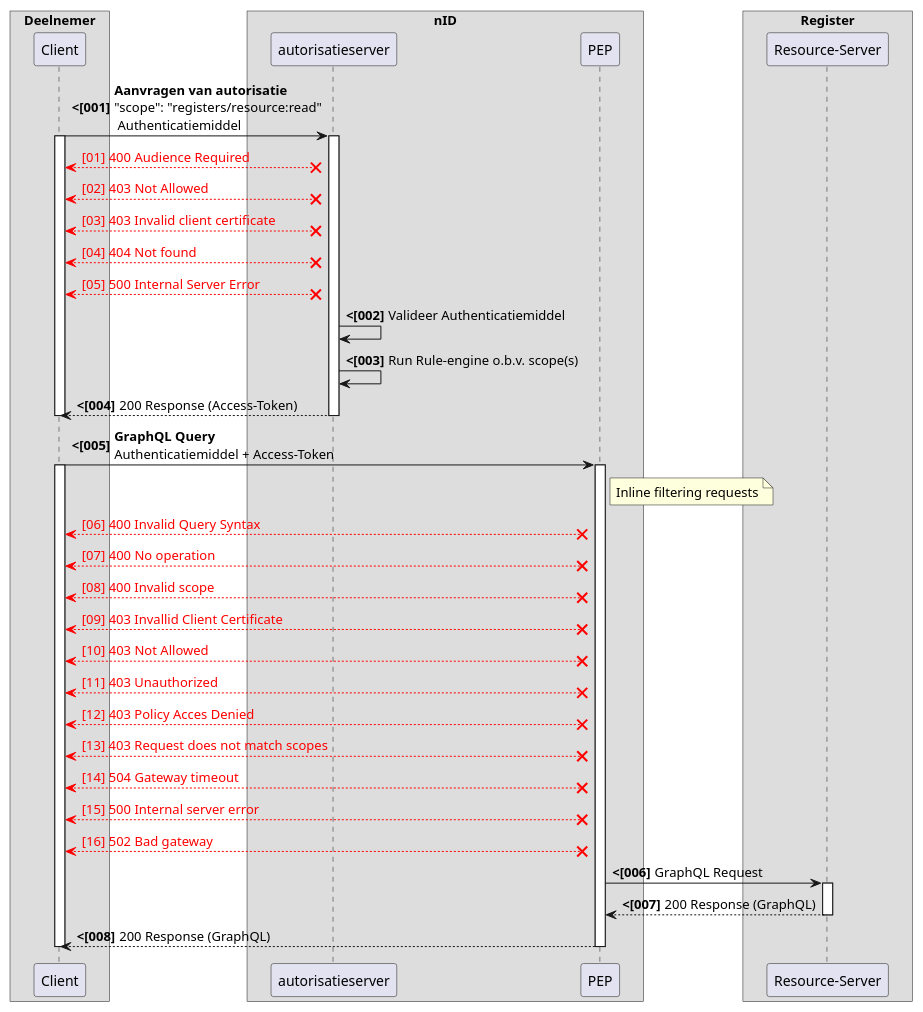
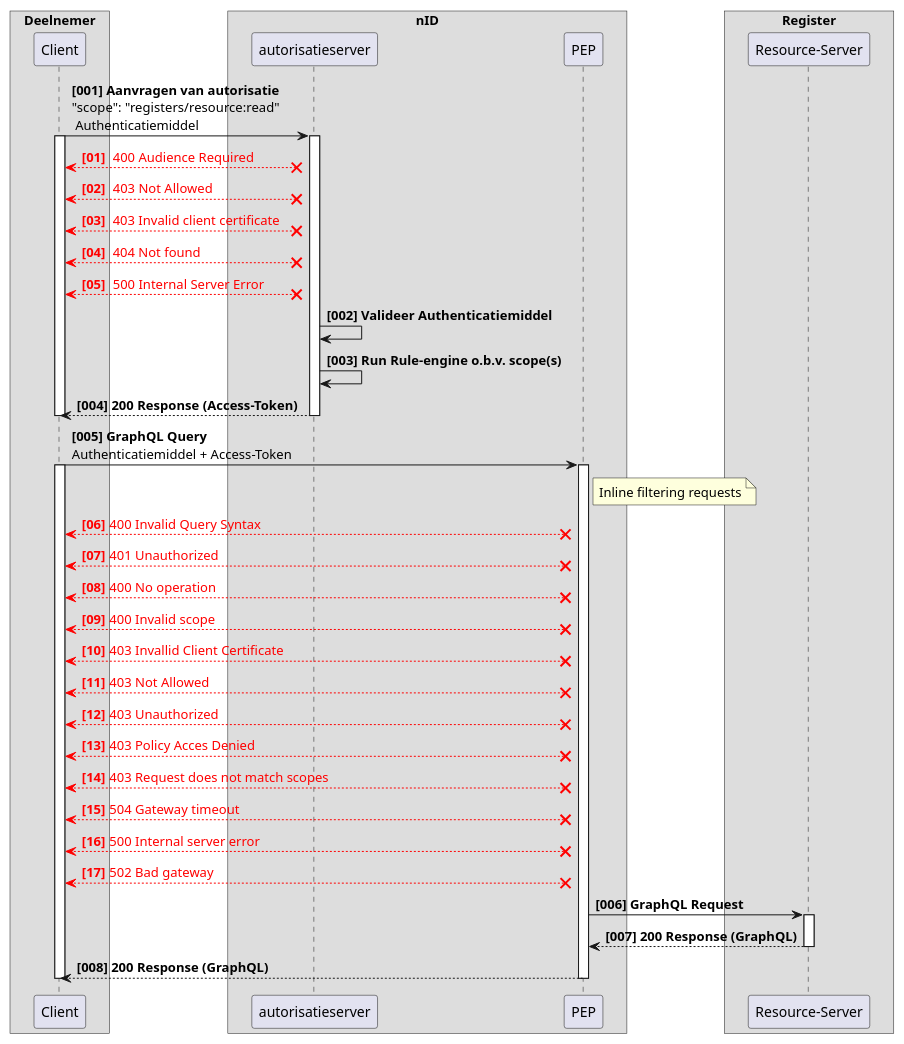
One commit to iStandaarden/iWlz-RequestForComment changed the diagram in plantUMLsrc/rfc0014-02-foutmeldingen_overzicht.puml. Above: the diagram before and after it, drawn with PlantUML. The commit also changed 1 other file, not shown here.

```diff
--- a/plantUMLsrc/rfc0014-02-foutmeldingen_overzicht.puml
+++ b/plantUMLsrc/rfc0014-02-foutmeldingen_overzicht.puml
@@ -1,70 +1,74 @@
 @startuml rfc0014-2-foutmeldingen_overzicht
 ' !pragma teoz true
 
 skinparam ParticipantPadding 20
 skinparam BoxPadding 10
 
 box "Deelnemer"
     participant "Client" as Client
 end box
 
 box "nID"
     participant "autorisatieserver" as AuthzServer
     participant "PEP" as Filter
 end box
 
 box "Register"
     participant "Resource-Server" as resourceserver
 end box
 
-autonumber "<b><[000]"
 
-Client -> AuthzServer: **Aanvragen van autorisatie**\n"scope": "registers/resource:read"\n Authenticatiemiddel
+
+Client -> AuthzServer: <b>[001] **Aanvragen van autorisatie**\n"scope": "registers/resource:read"\n Authenticatiemiddel
 activate Client
 activate AuthzServer
+
+
+autonumber "<color:red><b>[00]"
+Client <-[#red]-X AuthzServer:<color:red> 400 Audience Required
+Client <-[#red]-X AuthzServer:<color:red> 403 Not Allowed
+Client <-[#red]-X AuthzServer:<color:red> 403 Invalid client certificate
+Client <-[#red]-X AuthzServer:<color:red> 404 Not found
+Client <-[#red]-X AuthzServer:<color:red> 500 Internal Server Error
 autonumber stop
 
-Client <-[#red]-X AuthzServer:<color:red>[01] 400 Audience Required
-Client <-[#red]-X AuthzServer:<color:red>[02] 403 Not Allowed
-Client <-[#red]-X AuthzServer:<color:red>[03] 403 Invalid client certificate
-Client <-[#red]-X AuthzServer:<color:red>[04] 404 Not found
-Client <-[#red]-X AuthzServer:<color:red>[05] 500 Internal Server Error
-autonumber resume
 
 
-AuthzServer -> AuthzServer: Valideer Authenticatiemiddel
-AuthzServer -> AuthzServer: Run Rule-engine o.b.v. scope(s)
-AuthzServer --> Client --: 200 Response (Access-Token)
+AuthzServer -> AuthzServer: <b>[002] Valideer Authenticatiemiddel
+AuthzServer -> AuthzServer: <b>[003] Run Rule-engine o.b.v. scope(s)
+AuthzServer --> Client --: <b>[004] 200 Response (Access-Token)
 deactivate AuthzServer
 deactivate Client
 
-Client -> Filter: **GraphQL Query**\nAuthenticatiemiddel + Access-Token
+Client -> Filter: <b>[005] **GraphQL Query**\nAuthenticatiemiddel + Access-Token
 activate Client
 activate Filter
 note right of Filter: Inline filtering requests
 
-autonumber stop
-    Client <-[#red]-X Filter: <color:red>[06] 400 Invalid Query Syntax
-    Client <-[#red]-X Filter: <color:red>[07] 400 No operation
-    Client <-[#red]-X Filter: <color:red>[08] 400 Invalid scope
-    Client <-[#red]-X Filter: <color:red>[09] 403 Invallid Client Certificate
-    Client <-[#red]-X Filter: <color:red>[10] 403 Not Allowed
-    Client <-[#red]-X Filter: <color:red>[11] 403 Unauthorized
-    Client <-[#red]-X Filter: <color:red>[12] 403 Policy Acces Denied
-    Client <-[#red]-X Filter: <color:red>[13] 403 Request does not match scopes
-    Client <-[#red]-X Filter: <color:red>[14] 504 Gateway timeout
-    Client <-[#red]-X Filter: <color:red>[15] 500 Internal server error
-    Client <-[#red]-X Filter: <color:red>[16] 502 Bad gateway
-
 autonumber resume
 
-Filter -> resourceserver: GraphQL Request
+    Client <-[#red]-X Filter: <color:red>400 Invalid Query Syntax
+    Client <-[#red]-X Filter: <color:red>401 Unauthorized
+    Client <-[#red]-X Filter: <color:red>400 No operation
+    Client <-[#red]-X Filter: <color:red>400 Invalid scope
+    Client <-[#red]-X Filter: <color:red>403 Invallid Client Certificate
+    Client <-[#red]-X Filter: <color:red>403 Not Allowed
+    Client <-[#red]-X Filter: <color:red>403 Unauthorized
+    Client <-[#red]-X Filter: <color:red>403 Policy Acces Denied
+    Client <-[#red]-X Filter: <color:red>403 Request does not match scopes
+    Client <-[#red]-X Filter: <color:red>504 Gateway timeout
+    Client <-[#red]-X Filter: <color:red>500 Internal server error
+    Client <-[#red]-X Filter: <color:red>502 Bad gateway
+autonumber stop
+
+
+Filter -> resourceserver: <b>[006] GraphQL Request
 activate resourceserver
-resourceserver --> Filter: 200 Response (GraphQL)
+resourceserver --> Filter: <b>[007] 200 Response (GraphQL)
 deactivate resourceserver
 
-Filter --> Client: 200 Response (GraphQL)
+Filter --> Client: <b>[008] 200 Response (GraphQL)
 deactivate Filter
 deactivate Client
 
 @enduml
```
